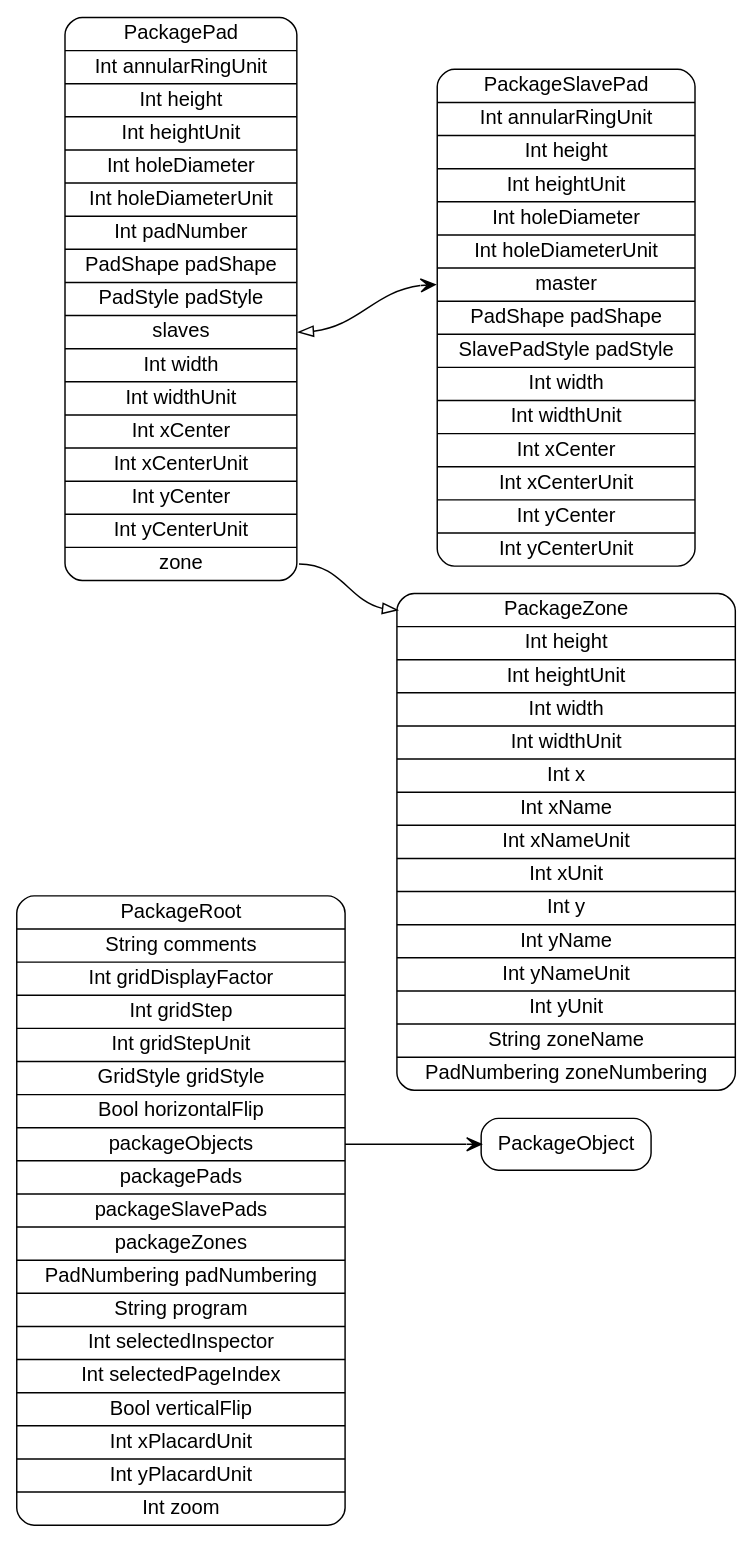
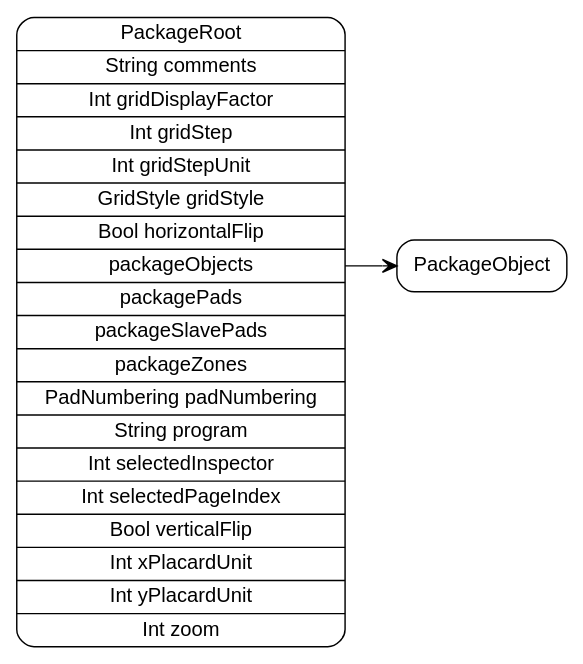
The diagram in models/PackageRoot.dot (pierremolinaro/ElCanari-dev), drawn with Graphviz before and after one commit. The commit also changed 68 other files, not shown here.

```diff
--- a/models/PackageRoot.dot
+++ b/models/PackageRoot.dot
@@ -1,12 +1,7 @@
 digraph G {
   rankdir=LR ;
   node [shape=record fontname=helvetica style=rounded] ;
   PackageRoot[label="<PackageRoot>PackageRoot|String comments|Int gridDisplayFactor|Int gridStep|Int gridStepUnit|GridStyle gridStyle|Bool horizontalFlip|<packageObjects>packageObjects|<packagePads>packagePads|<packageSlavePads>packageSlavePads|<packageZones>packageZones|PadNumbering padNumbering|String program|Int selectedInspector|Int selectedPageIndex|Bool verticalFlip|Int xPlacardUnit|Int yPlacardUnit|Int zoom"] ;
-  PackageZone[label="<PackageZone>PackageZone|Int height|Int heightUnit|Int width|Int widthUnit|Int x|Int xName|Int xNameUnit|Int xUnit|Int y|Int yName|Int yNameUnit|Int yUnit|String zoneName|PadNumbering zoneNumbering"] ;
-  PackageSlavePad[label="<PackageSlavePad>PackageSlavePad|Int annularRingUnit|Int height|Int heightUnit|Int holeDiameter|Int holeDiameterUnit|<master>master|PadShape padShape|SlavePadStyle padStyle|Int width|Int widthUnit|Int xCenter|Int xCenterUnit|Int yCenter|Int yCenterUnit"] ;
-  PackagePad[label="<PackagePad>PackagePad|Int annularRingUnit|Int height|Int heightUnit|Int holeDiameter|Int holeDiameterUnit|Int padNumber|PadShape padShape|PadStyle padStyle|<slaves>slaves|Int width|Int widthUnit|Int xCenter|Int xCenterUnit|Int yCenter|Int yCenterUnit|<zone>zone"] ;
   PackageObject[label="<PackageObject>PackageObject"] ;
   PackageRoot:packageObjects -> PackageObject:PackageObject [dir=both arrowtail=none arrowhead=vee] ;
-  PackagePad:slaves -> PackageSlavePad:master [dir=both arrowtail=onormal arrowhead=vee] ;
-  PackagePad:zone -> PackageZone:PackageZone [dir=both arrowtail=none arrowhead=onormal] ;
 }
```
